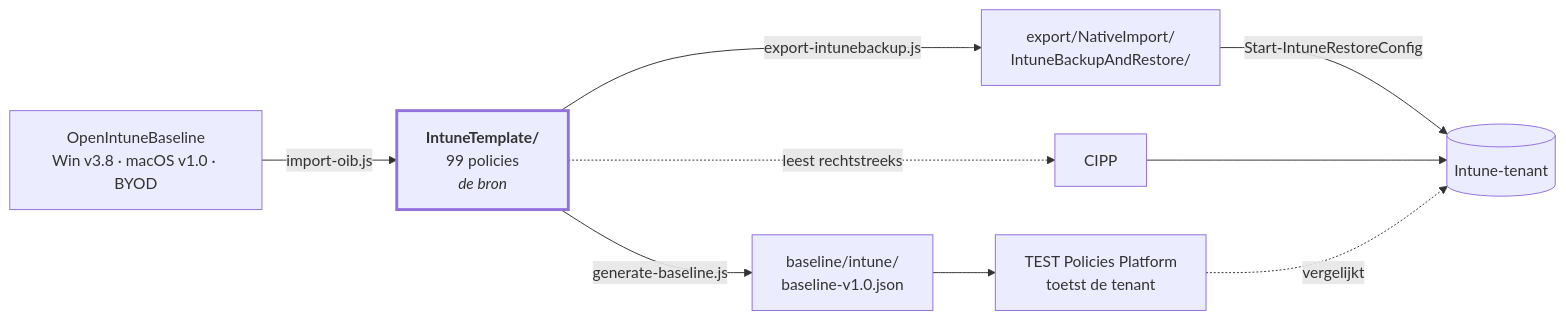
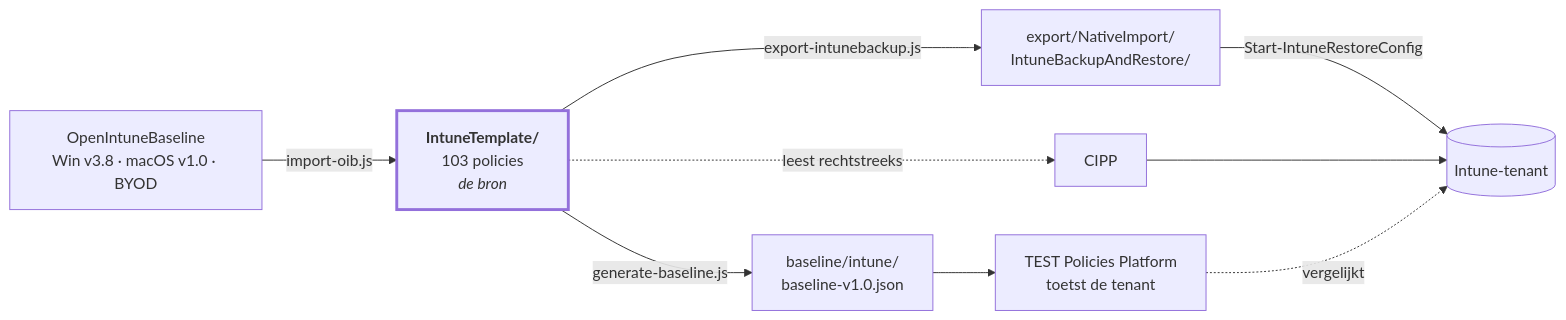
One commit to sjkanon/IntuneBackup changed the diagram in README.md. Above: the diagram before and after it, drawn with Mermaid. The commit also changed other lines of this file and 44 other files, not shown here.

````diff
--- a/README.md
+++ b/README.md
@@ -17,19 +17,19 @@
 ```mermaid
 flowchart LR
   OIB["OpenIntuneBaseline<br/>Win v3.8 · macOS v1.0 · BYOD"]
-  T["<b>IntuneTemplate/</b><br/>99 policies<br/><i>de bron</i>"]
+  T["<b>IntuneTemplate/</b><br/>103 policies<br/><i>de bron</i>"]
   BL["baseline/intune/<br/>baseline-v1.0.json"]
   EX["export/NativeImport/<br/>IntuneBackupAndRestore/"]
   TENANT[("Intune-tenant")]
 
   OIB -->|import-oib.js| T
   T -->|generate-baseline.js| BL
   T -->|export-intunebackup.js| EX
   T -.->|leest rechtstreeks| CIPP[CIPP]
   BL --> PLAT["TEST Policies Platform<br/>toetst de tenant"]
   EX -->|Start-IntuneRestoreConfig| TENANT
   CIPP --> TENANT
   PLAT -.->|vergelijkt| TENANT
 
   style T stroke-width:3px
 ```
````
